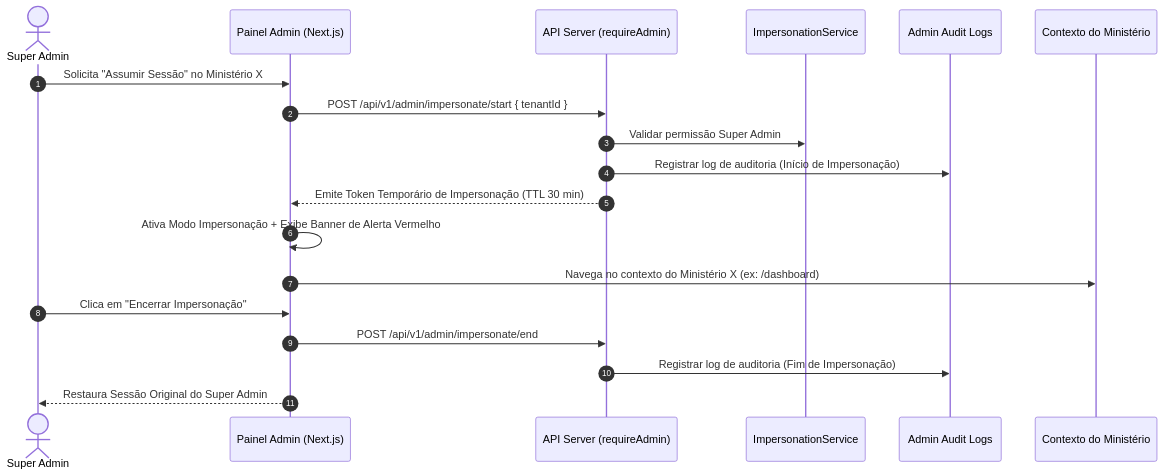
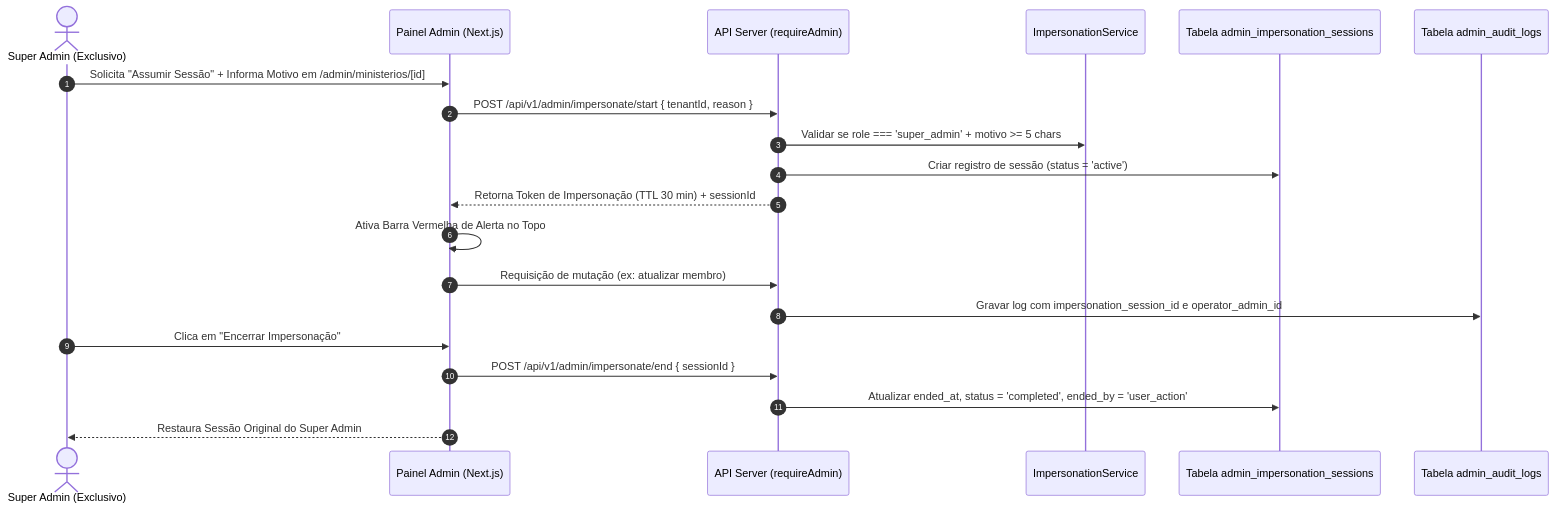
The diagram in docs/architecture/11-IMPERSONATION.md (assisalcantara-ce/gestaoeklesia), drawn with Mermaid before and after one commit. The commit also changed other lines of this file and 2 other files, not shown here.

Commit message:
feat(security): hardening de arquitetura Admin Impersonation 1.1 com matriz restrita SUPER_ADMIN e tabela admin_impersonation_sessions

````diff
--- a/docs/architecture/11-IMPERSONATION.md
+++ b/docs/architecture/11-IMPERSONATION.md
@@ -16,22 +71,23 @@
 ```mermaid
 sequenceDiagram
     autonumber
-    actor SA as Super Admin
+    actor SA as Super Admin (Exclusivo)
     participant Frontend as Painel Admin (Next.js)
     participant API as API Server (requireAdmin)
     participant Service as ImpersonationService
-    participant Audit as Admin Audit Logs
-    participant Tenant as Contexto do Ministério
+    participant DB as Tabela admin_impersonation_sessions
+    participant Audit as Tabela admin_audit_logs
 
-    SA->>Frontend: Solicita "Assumir Sessão" no Ministério X
-    Frontend->>API: POST /api/v1/admin/impersonate/start { tenantId }
-    API->>Service: Validar permissão Super Admin
-    API->>Audit: Registrar log de auditoria (Início de Impersonação)
-    API-->>Frontend: Emite Token Temporário de Impersonação (TTL 30 min)
-    Frontend->>Frontend: Ativa Modo Impersonação + Exibe Banner de Alerta Vermelho
-    Frontend->>Tenant: Navega no contexto do Ministério X (ex: /dashboard)
+    SA->>Frontend: Solicita "Assumir Sessão" + Informa Motivo em /admin/ministerios/[id]
+    Frontend->>API: POST /api/v1/admin/impersonate/start { tenantId, reason }
+    API->>Service: Validar se role === 'super_admin' + motivo >= 5 chars
+    API->>DB: Criar registro de sessão (status = 'active')
+    API-->>Frontend: Retorna Token de Impersonação (TTL 30 min) + sessionId
+    Frontend->>Frontend: Ativa Barra Vermelha de Alerta no Topo
+    Frontend->>API: Requisição de mutação (ex: atualizar membro)
+    API->>Audit: Gravar log com impersonation_session_id e operator_admin_id
     SA->>Frontend: Clica em "Encerrar Impersonação"
-    Frontend->>API: POST /api/v1/admin/impersonate/end
-    API->>Audit: Registrar log de auditoria (Fim de Impersonação)
+    Frontend->>API: POST /api/v1/admin/impersonate/end { sessionId }
+    API->>DB: Atualizar ended_at, status = 'completed', ended_by = 'user_action'
     Frontend-->>SA: Restaura Sessão Original do Super Admin
 ```
````
